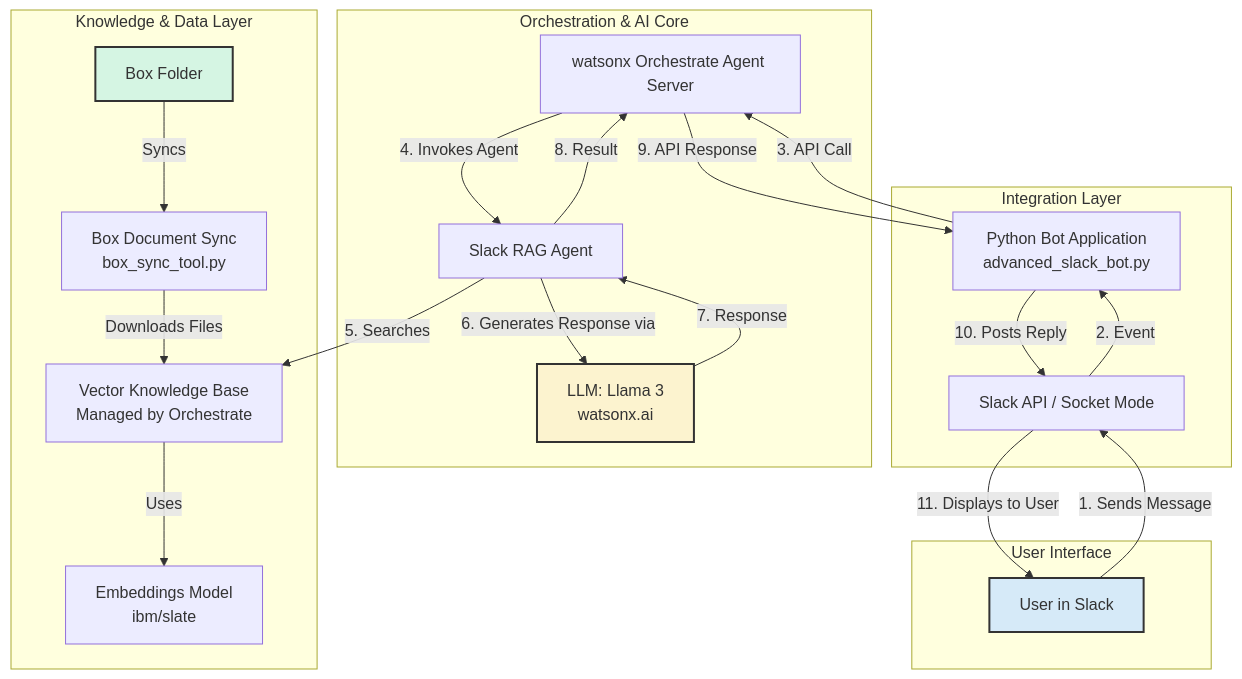
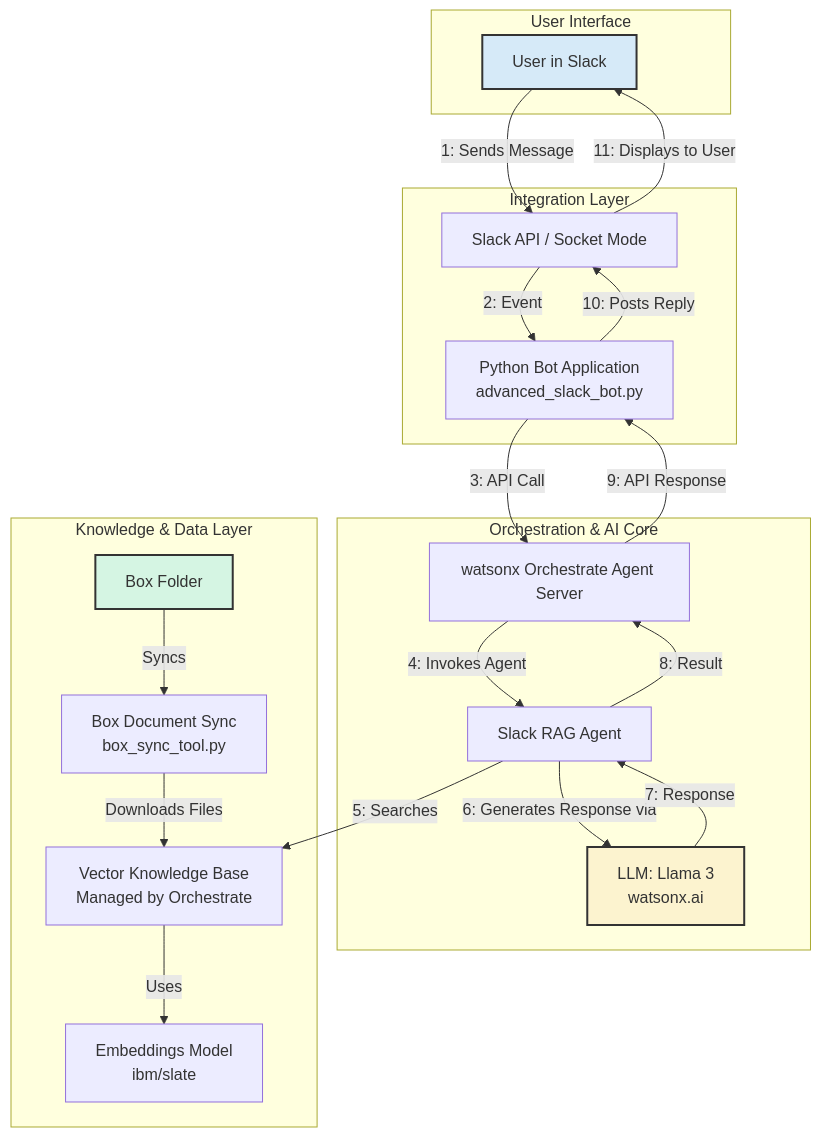
The diagram in README.md (ruslanmv/rag-chatbot-watsonx-slack), drawn with Mermaid before and after one commit.

````diff
--- a/README.md
+++ b/README.md
@@ -9,49 +9,53 @@
 ```mermaid
 graph TD
-    subgraph "Knowledge & Data Layer"
-        KnowledgeBase[Vector Knowledge Base<br>Managed by Orchestrate]
-        Embeddings[Embeddings Model<br>ibm/slate]
-        BoxSync[Box Document Sync<br>box_sync_tool.py]
-        BoxFolder[Box Folder]
+    %% User Interface
+    subgraph "User Interface"
+        SlackUser["User in Slack"]
     end
 
-    subgraph "Orchestration & AI Core"
-        OrchestrateServer[watsonx Orchestrate Agent Server]
-        RAGAgent[Slack RAG Agent]
-        LLM[LLM: Llama 3<br>watsonx.ai]
+    %% Integration Layer
+    subgraph "Integration Layer"
+        SlackAPI["Slack API / Socket Mode"]
+        SlackBotApp["Python Bot Application<br>advanced_slack_bot.py"]
     end
 
-    subgraph "Integration Layer"
-        SlackAPI[Slack API / Socket Mode]
-        SlackBotApp[Python Bot Application<br>advanced_slack_bot.py]
+    %% Orchestration & AI Core
+    subgraph "Orchestration & AI Core"
+        OrchestrateServer["watsonx Orchestrate Agent Server"]
+        RAGAgent["Slack RAG Agent"]
+        LLM["LLM: Llama 3<br>watsonx.ai"]
     end
 
-    subgraph "User Interface"
-        SlackUser[User in Slack]
+    %% Knowledge & Data Layer
+    subgraph "Knowledge & Data Layer"
+        KnowledgeBase["Vector Knowledge Base<br>Managed by Orchestrate"]
+        Embeddings["Embeddings Model<br>ibm/slate"]
+        BoxSync["Box Document Sync<br>box_sync_tool.py"]
+        BoxFolder["Box Folder"]
     end
 
     %% Data Flow
-    SlackUser -- "1. Sends Message" --> SlackAPI
-    SlackAPI -- "2. Event" --> SlackBotApp
-    SlackBotApp -- "3. API Call" --> OrchestrateServer
-    OrchestrateServer -- "4. Invokes Agent" --> RAGAgent
-    RAGAgent -- "5. Searches" --> KnowledgeBase
-    RAGAgent -- "6. Generates Response via" --> LLM
-    LLM -- "7. Response" --> RAGAgent
-    RAGAgent -- "8. Result" --> OrchestrateServer
-    OrchestrateServer -- "9. API Response" --> SlackBotApp
-    SlackBotApp -- "10. Posts Reply" --> SlackAPI
-    SlackAPI -- "11. Displays to User" --> SlackUser
+    SlackUser -- "1: Sends Message" --> SlackAPI
+    SlackAPI -- "2: Event" --> SlackBotApp
+    SlackBotApp -- "3: API Call" --> OrchestrateServer
+    OrchestrateServer -- "4: Invokes Agent" --> RAGAgent
+    RAGAgent -- "5: Searches" --> KnowledgeBase
+    RAGAgent -- "6: Generates Response via" --> LLM
+    LLM -- "7: Response" --> RAGAgent
+    RAGAgent -- "8: Result" --> OrchestrateServer
+    OrchestrateServer -- "9: API Response" --> SlackBotApp
+    SlackBotApp -- "10: Posts Reply" --> SlackAPI
+    SlackAPI -- "11: Displays to User" --> SlackUser
 
     %% Knowledge Base Population Flow
     BoxFolder -- "Syncs" --> BoxSync
     BoxSync -- "Downloads Files" --> KnowledgeBase
     KnowledgeBase -- "Uses" --> Embeddings
 
     %% Styling
     style SlackUser fill:#D6EAF8,stroke:#333,stroke-width:2px
     style BoxFolder fill:#D5F5E3,stroke:#333,stroke-width:2px
     style LLM fill:#FCF3CF,stroke:#333,stroke-width:2px
 
 
 ```
````
